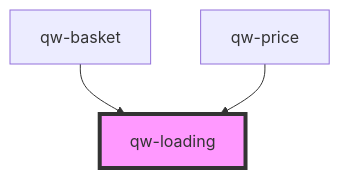
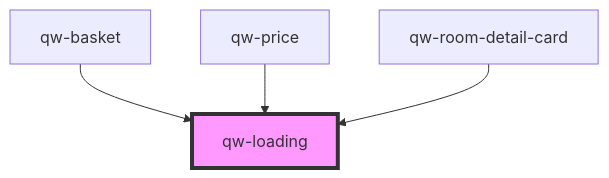
The diagram in src/components/shared/qw-loading/readme.md (qwentes-team/qw-hotels), drawn with Mermaid before and after one commit. The commit also changed other lines of this file and 6 other files, not shown here.

````diff
--- a/src/components/shared/qw-loading/readme.md
+++ b/src/components/shared/qw-loading/readme.md
@@ -23,6 +24,7 @@
 ```mermaid
 graph TD;
   qw-basket --> qw-loading
   qw-price --> qw-loading
+  qw-room-detail-card --> qw-loading
   style qw-loading fill:#f9f,stroke:#333,stroke-width:4px
 ```
````
